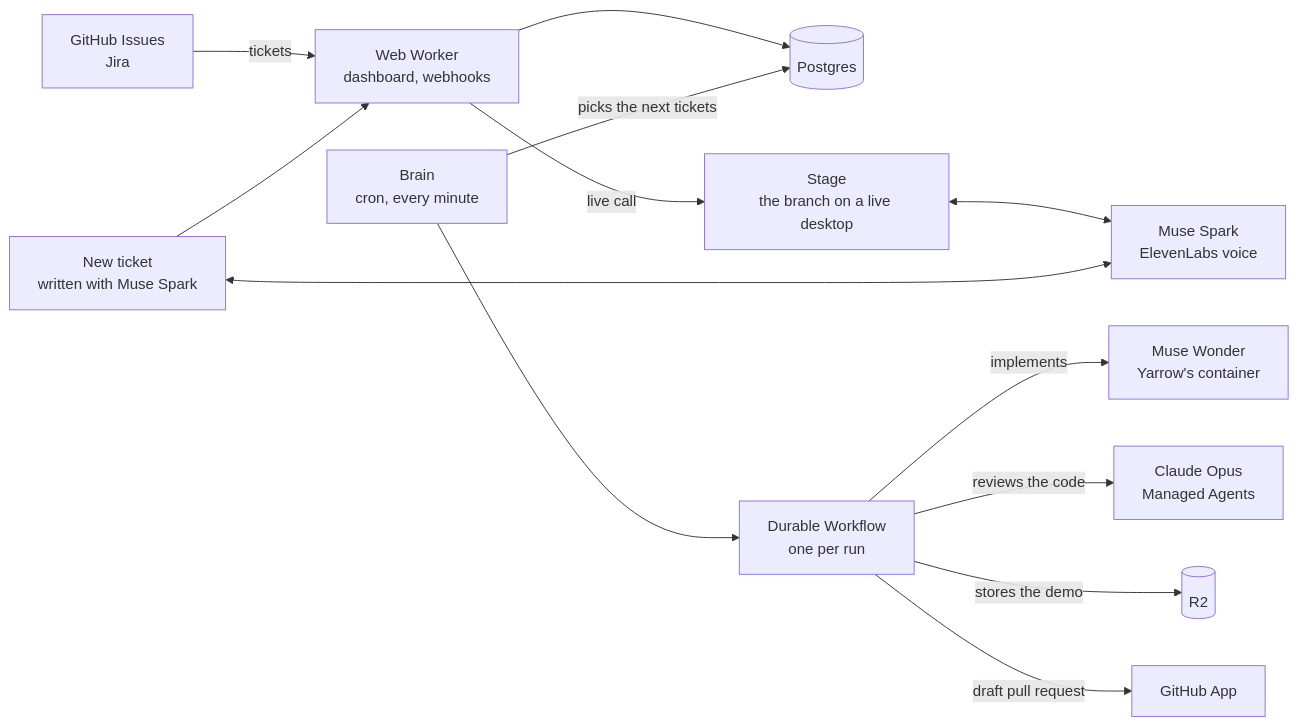
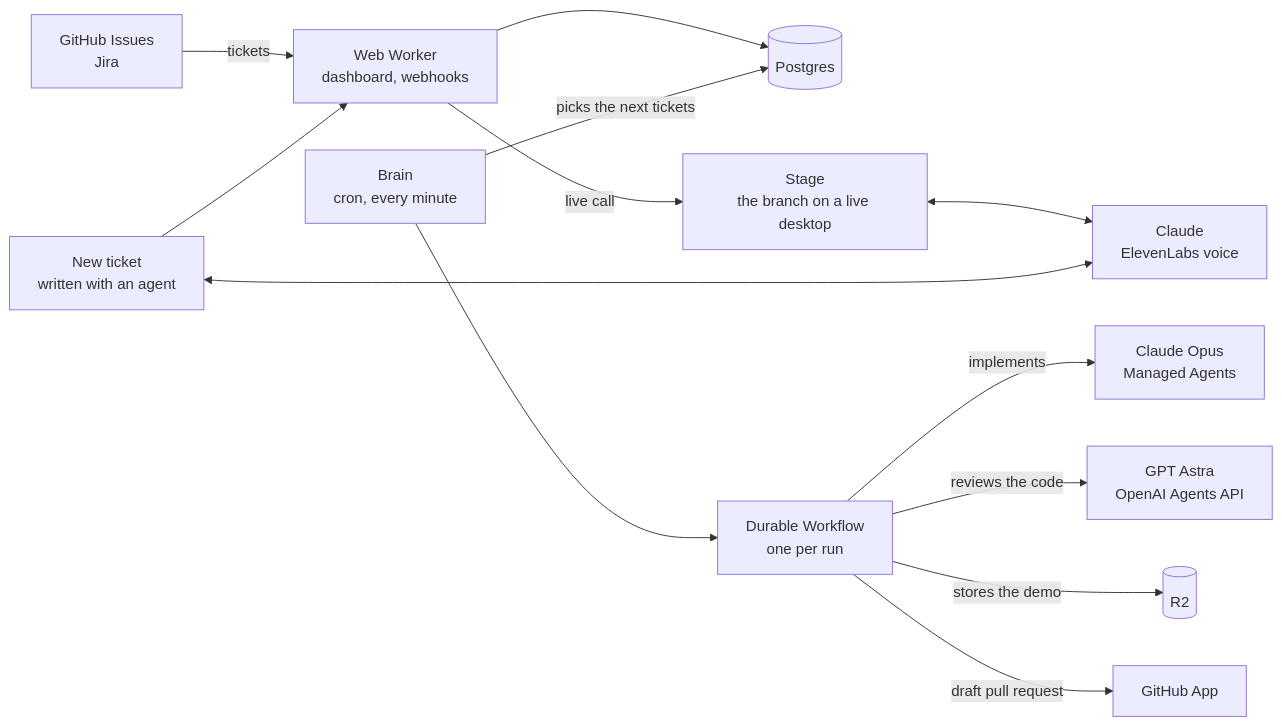
One commit to KevTale/yarrow changed the diagram in README.md. Above: the diagram before and after it, drawn with Mermaid. The commit also changed other lines of this file and 18 other files, not shown here.

Commit message:
Claude implements every new run and talks everywhere: Muse Wonder and Muse Spark leave the roles, the talk models, the README, the terms and the privacy page; the container path stays to finish Wonder's runs and to host the member's own Claude Code next

````diff
--- a/README.md
+++ b/README.md
@@ -59,15 +61,15 @@
 ```mermaid
 flowchart LR
   TR["GitHub Issues<br/>Jira"] -->|tickets| WEB
-  NEW["New ticket<br/>written with Muse Spark"] --> WEB
+  NEW["New ticket<br/>written with an agent"] --> WEB
   WEB["Web Worker<br/>dashboard, webhooks"] --> DB[("Postgres")]
   CRON["Brain<br/>cron, every minute"] -->|picks the next tickets| DB
   CRON --> RUN["Durable Workflow<br/>one per run"]
-  RUN -->|implements| IMPL["Muse Wonder<br/>Yarrow's container"]
-  RUN -->|reviews the code| REV["Claude Opus<br/>Managed Agents"]
+  RUN -->|implements| IMPL["Claude Opus<br/>Managed Agents"]
+  RUN -->|reviews the code| REV["GPT Astra<br/>OpenAI Agents API"]
   RUN -->|stores the demo| R2[("R2")]
   RUN -->|draft pull request| GH["GitHub App"]
   WEB -->|live call| STAGE["Stage<br/>the branch on a live desktop"]
-  STAGE <--> TALK["Muse Spark<br/>ElevenLabs voice"]
+  STAGE <--> TALK["Claude<br/>ElevenLabs voice"]
   NEW <--> TALK
 ```
````
